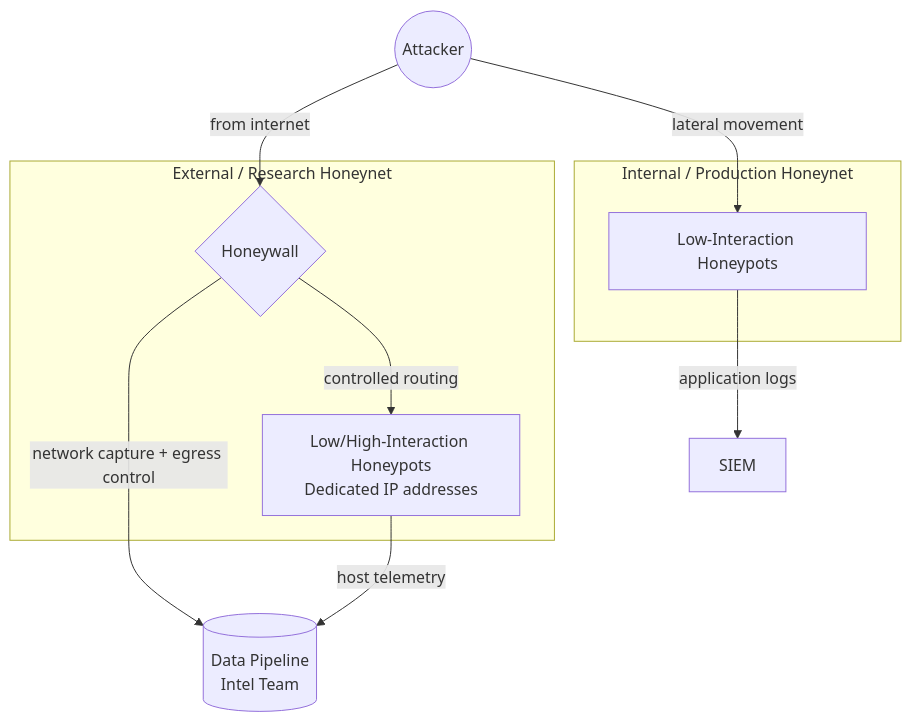
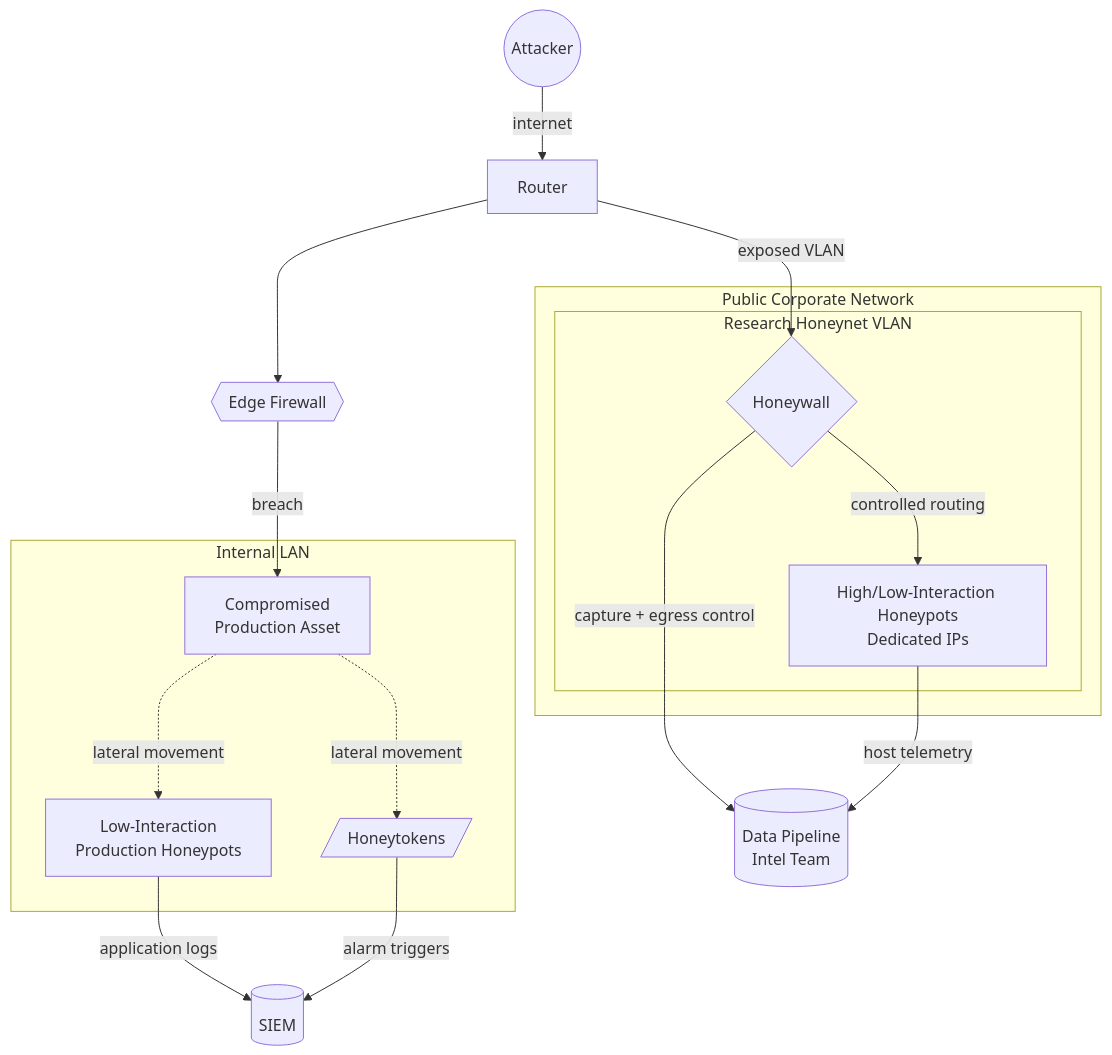
Before and after one commit to lopes/lopes.id: the diagram in log/adversary-engagement-101/index.qmd, drawn with Mermaid. The commit also changed other lines of this file, not shown here.

````diff
--- a/log/adversary-engagement-101/index.qmd
+++ b/log/adversary-engagement-101/index.qmd
@@ -111,22 +111,34 @@
 ```{mermaid}
 graph TD
     Atk((Attacker))
+    R[Router]
 
-    subgraph ExtNet [External / Research Honeynet]
-        EHW{Honeywall}
-        RH[Low/High-Interaction Honeypots<br/>Dedicated IP addresses]
-        EHW -->|controlled routing| RH
+    Atk -->|internet| R
+
+    subgraph PubNet [Public Corporate Network]
+        subgraph ResNet [Research Honeynet VLAN]
+            EHW{Honeywall}
+            RH[High/Low-Interaction Honeypots<br/>Dedicated IPs]
+            EHW -->|controlled routing| RH
+        end
     end
 
-    subgraph IntNet [Internal / Production Honeynet]
-        PH[Low-Interaction Honeypots]
+    EFW{{Edge Firewall}}
+
+    subgraph LAN [Internal LAN]
+        Foothold[Compromised<br/>Production Asset]
+        PH[Low-Interaction<br/>Production Honeypots]
+        HT[/Honeytokens/]
+        Foothold -.->|lateral movement| PH
+        Foothold -.->|lateral movement| HT
     end
 
-    Atk -->|from internet| EHW
-    Atk -->|lateral movement| PH
+    R -->|exposed VLAN| EHW
+    R --> EFW
+    EFW -->|breach| Foothold
 
-    EHW -->|network capture + egress control| DP[(Data Pipeline<br/>Intel Team)]
+    EHW -->|capture + egress control| DP[(Data Pipeline<br/>Intel Team)]
     RH -->|host telemetry| DP
-
-    PH -->|application logs| SIEM
+    PH -->|application logs| SIEM[(SIEM)]
+    HT -->|alarm triggers| SIEM
 ```
````
